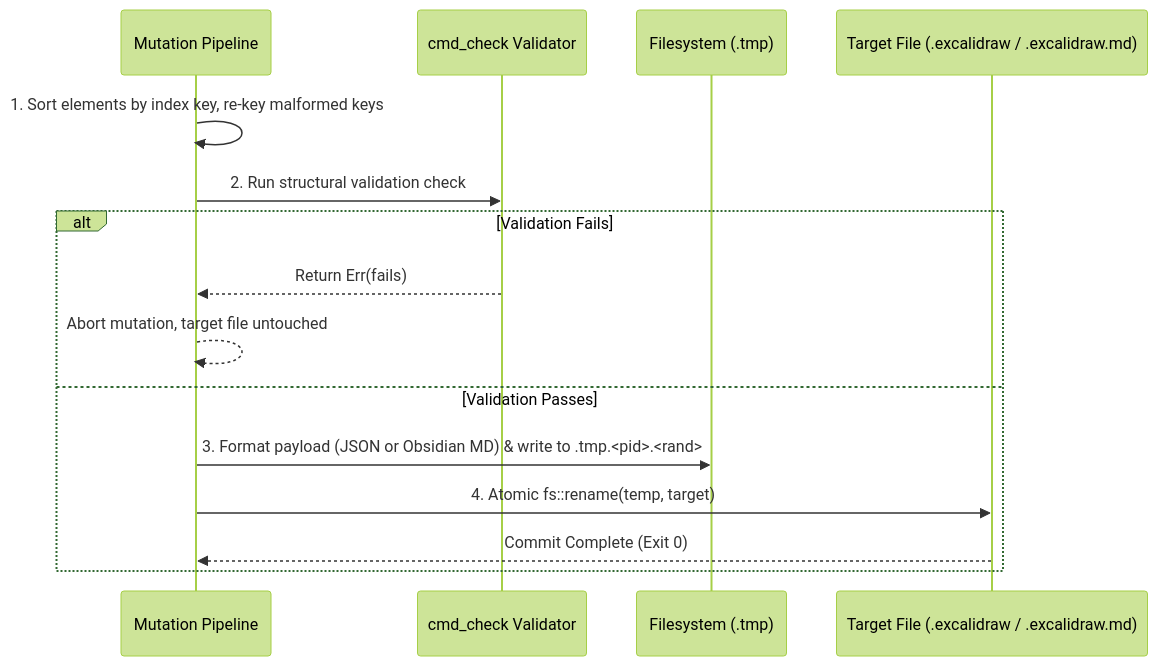
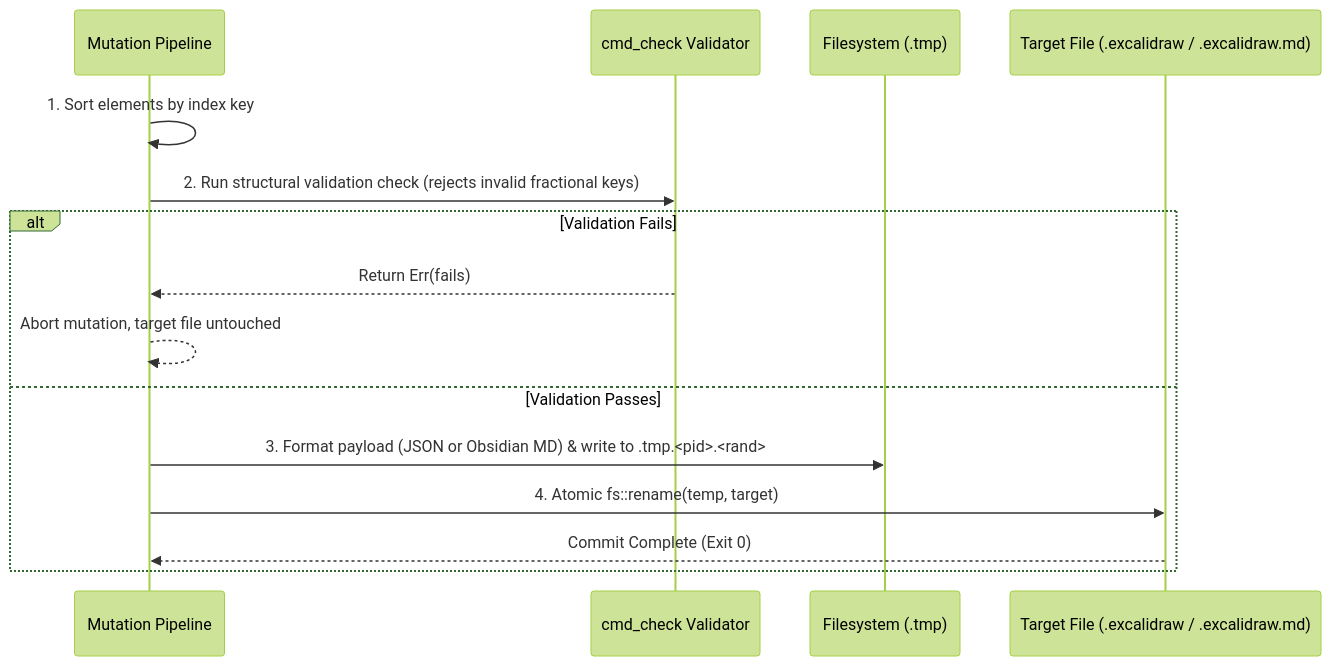
The second of 2 diagrams in specs/excalidraw-tooling.md (nicsuzor/mem), drawn with Mermaid (forest theme) before and after one commit. The commit also changed other lines of this file and 2 other files, not shown here.

````diff
--- a/specs/excalidraw-tooling.md
+++ b/specs/excalidraw-tooling.md
@@ -812,18 +812,18 @@
 ```mermaid
 sequenceDiagram
     participant CLI as Mutation Pipeline
     participant Val as cmd_check Validator
     participant Disk as Filesystem (.tmp)
     participant Target as Target File (.excalidraw / .excalidraw.md)
 
-    CLI->>CLI: 1. Sort elements by index key, re-key malformed keys
-    CLI->>Val: 2. Run structural validation check
+    CLI->>CLI: 1. Sort elements by index key
+    CLI->>Val: 2. Run structural validation check (rejects invalid fractional keys)
     alt Validation Fails
         Val-->>CLI: Return Err(fails)
         CLI-->>CLI: Abort mutation, target file untouched
     else Validation Passes
         CLI->>Disk: 3. Format payload (JSON or Obsidian MD) & write to .tmp.<pid>.<rand>
         CLI->>Target: 4. Atomic fs::rename(temp, target)
         Target-->>CLI: Commit Complete (Exit 0)
     end
 ```
````
